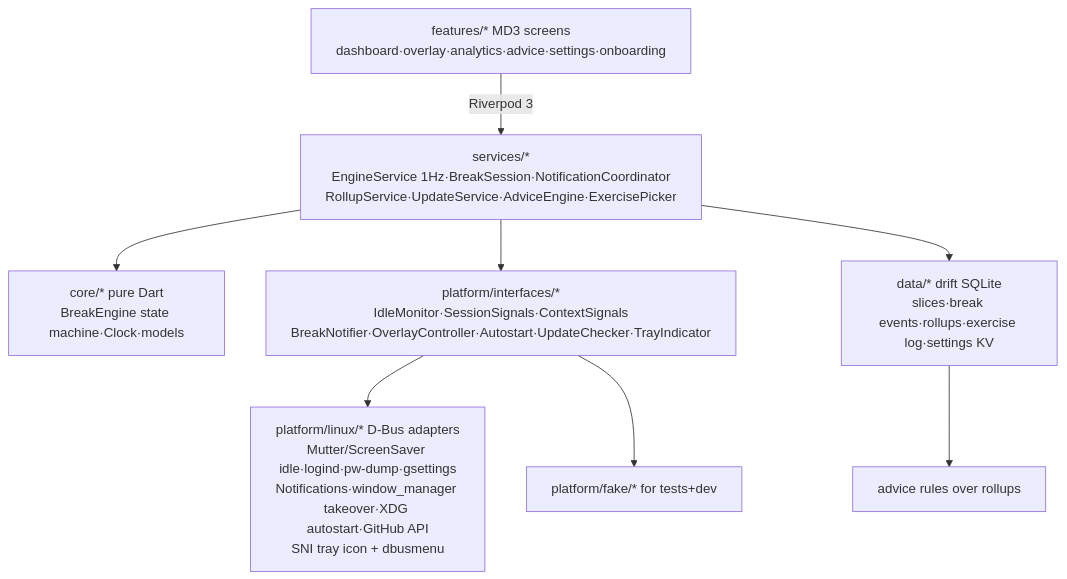
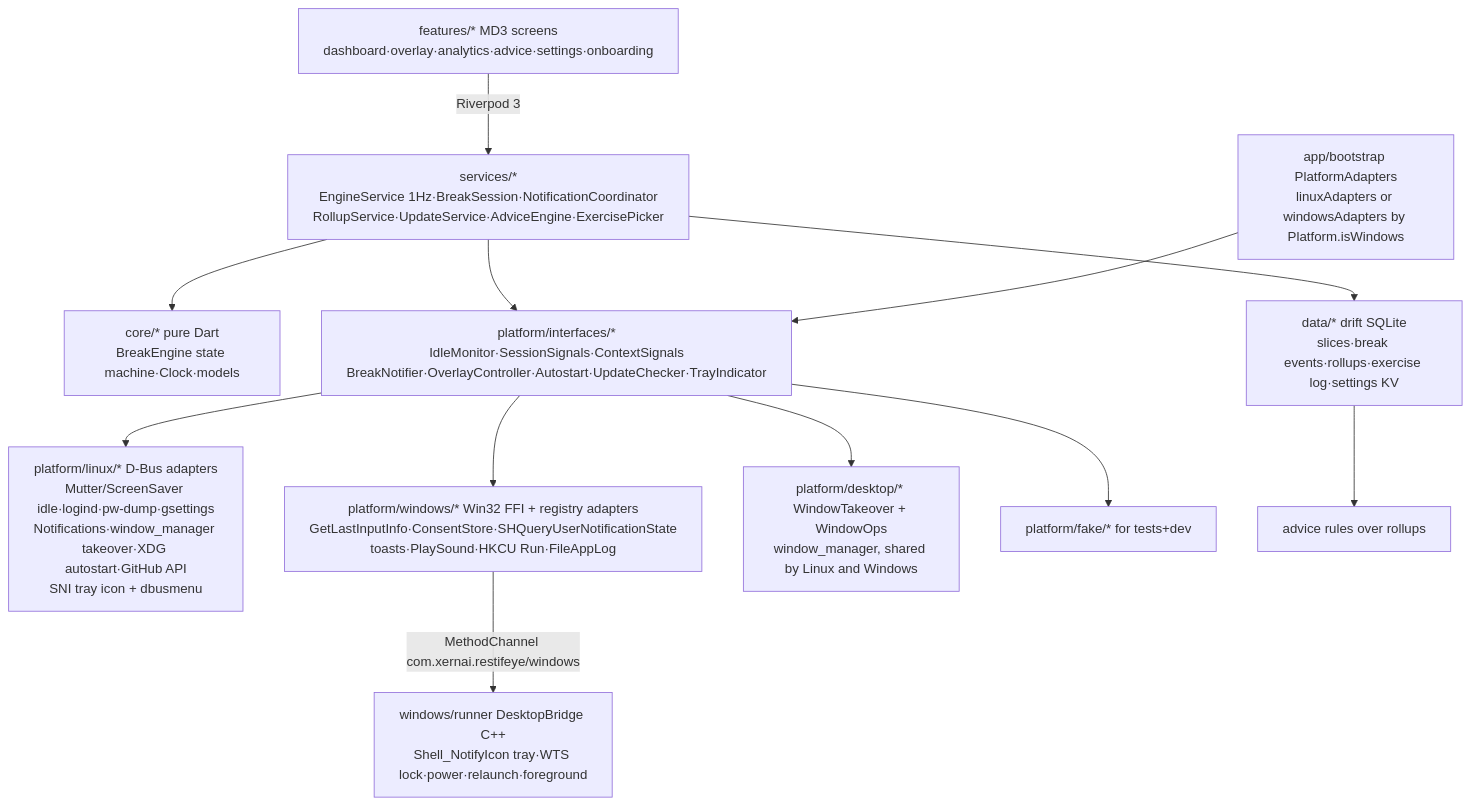
The diagram in docs/knowledge_graph.md (Xern-AI/RestifEye), drawn with Mermaid before and after one commit. The commit also changed other lines of this file and 2 other files, not shown here.

First line of the commit message:
docs: Windows test build in the knowledge graph and capability sheet; v0.2.0+13

````diff
--- a/docs/knowledge_graph.md
+++ b/docs/knowledge_graph.md
@@ -7,11 +7,15 @@
 ```mermaid
 graph TD
     UI[features/* MD3 screens<br/>dashboard·overlay·analytics·advice·settings·onboarding] -->|Riverpod 3| SVC
     SVC[services/*<br/>EngineService 1Hz·BreakSession·NotificationCoordinator<br/>RollupService·UpdateService·AdviceEngine·ExercisePicker] --> CORE
     CORE[core/* pure Dart<br/>BreakEngine state machine·Clock·models] 
     SVC --> PLAT[platform/interfaces/*<br/>IdleMonitor·SessionSignals·ContextSignals<br/>BreakNotifier·OverlayController·Autostart·UpdateChecker·TrayIndicator]
     PLAT --> LINUX[platform/linux/* D-Bus adapters<br/>Mutter/ScreenSaver idle·logind·pw-dump·gsettings<br/>Notifications·window_manager takeover·XDG autostart·GitHub API<br/>SNI tray icon + dbusmenu]
+    PLAT --> WIN[platform/windows/* Win32 FFI + registry adapters<br/>GetLastInputInfo·ConsentStore·SHQueryUserNotificationState<br/>toasts·PlaySound·HKCU Run·FileAppLog]
+    WIN -->|MethodChannel com.xernai.restifeye/windows| RUNNER[windows/runner DesktopBridge C++<br/>Shell_NotifyIcon tray·WTS lock·power·relaunch·foreground]
+    PLAT --> DESK[platform/desktop/* WindowTakeover + WindowOps<br/>window_manager, shared by Linux and Windows]
     PLAT --> FAKE[platform/fake/* for tests+dev]
+    BOOT[app/bootstrap PlatformAdapters<br/>linuxAdapters or windowsAdapters by Platform.isWindows] --> PLAT
     SVC --> DATA[data/* drift SQLite<br/>slices·break events·rollups·exercise log·settings KV]
     DATA --> ADVICE[advice rules over rollups]
 ```
````
